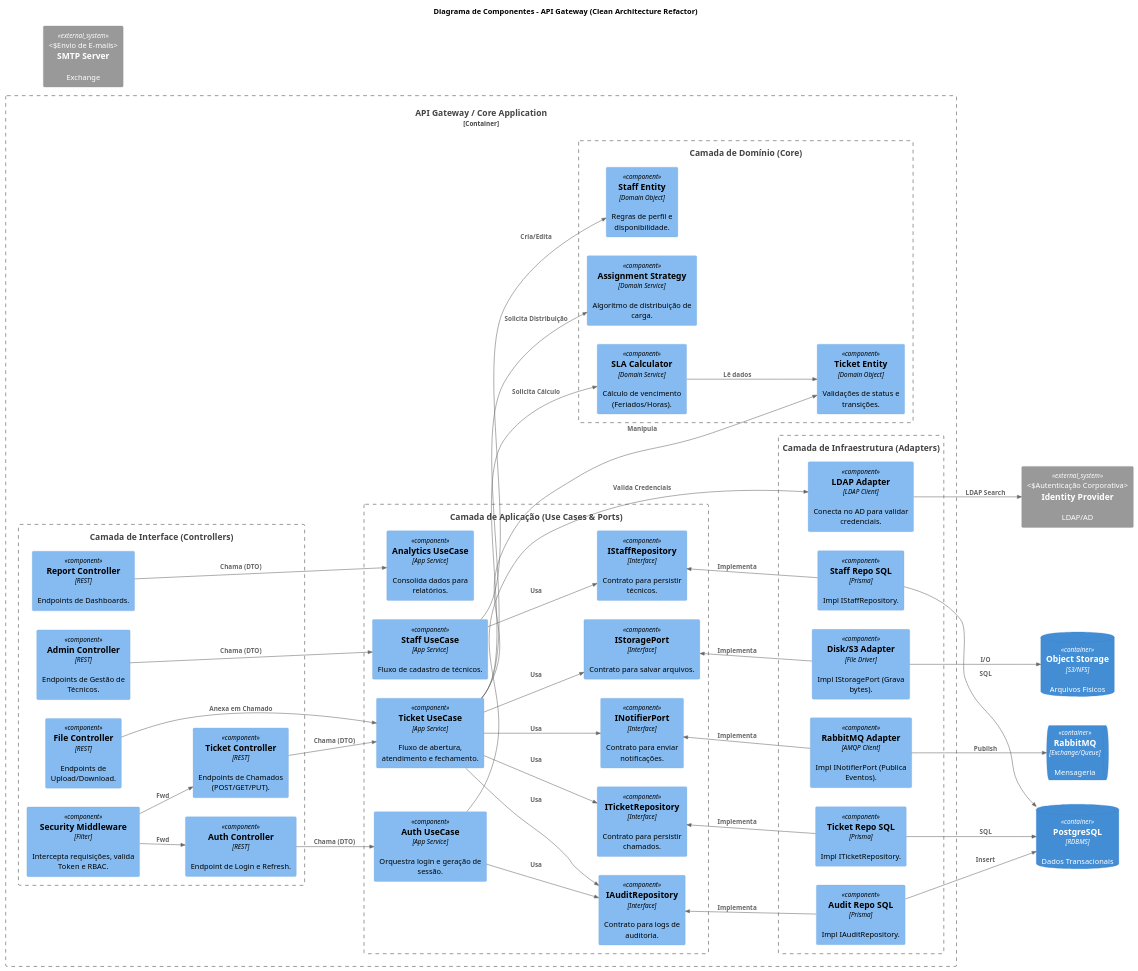
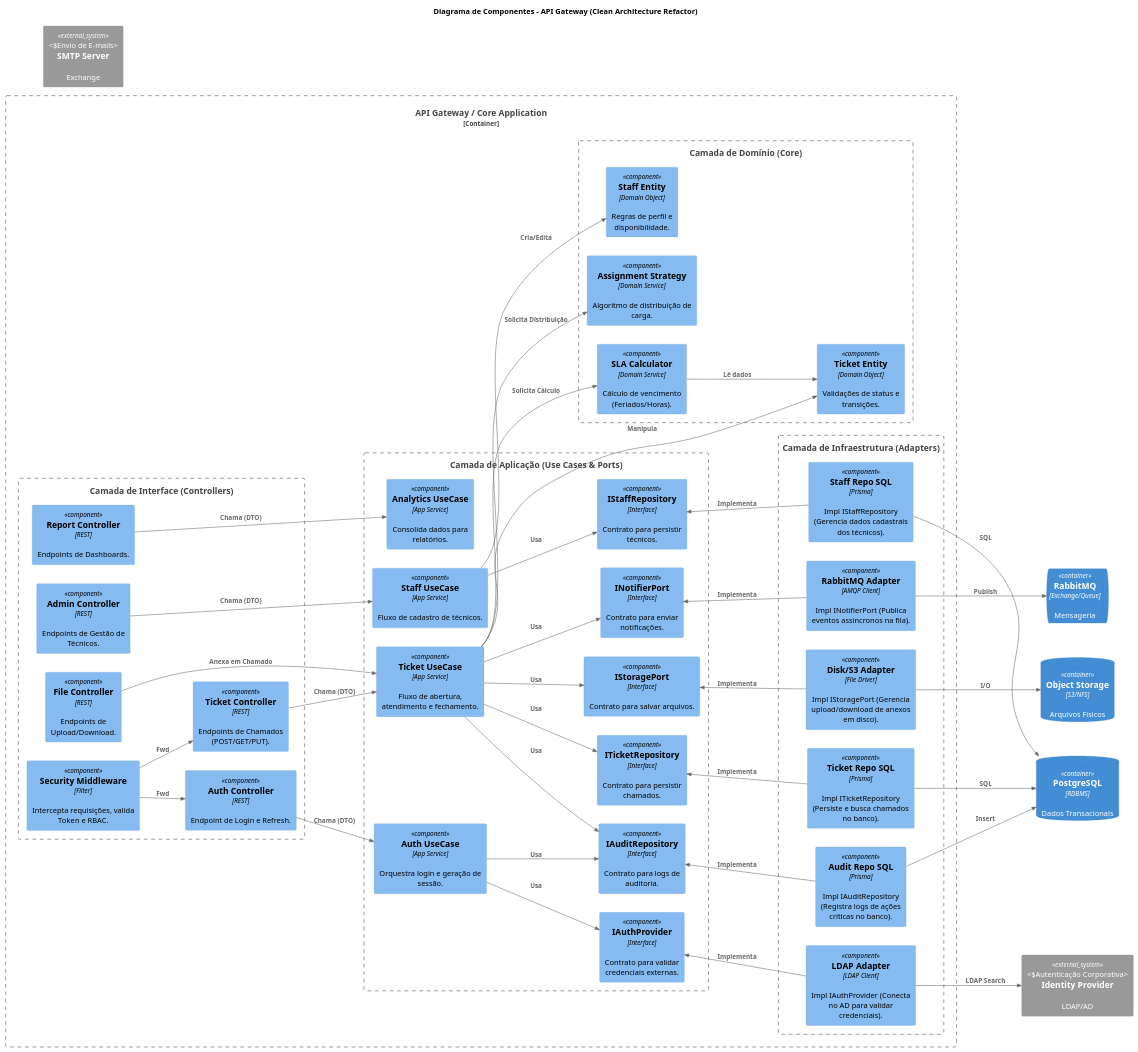
Before and after one commit to victor-alexandre/TJGO-Projeto-Software: the diagram in Artefato 3 - Diagrama de Componentes (C4)/Componente_API_Gateway.md, drawn with PlantUML.

Commit message:
refactor: refina clean arch e corrige auth

```diff
--- a/Artefato 3 - Diagrama de Componentes (C4)/Componente_API_Gateway.md
+++ b/Artefato 3 - Diagrama de Componentes (C4)/Componente_API_Gateway.md
@@ -49,6 +49,9 @@
         Component(i_notifier, "INotifierPort", "Interface", "Contrato para enviar notificações.")
         Component(i_storage, "IStoragePort", "Interface", "Contrato para salvar arquivos.")
         Component(i_audit, "IAuditRepository", "Interface", "Contrato para logs de auditoria.")
+        
+        ' --- Interface para Autenticação ---
+        Component(i_auth_provider, "IAuthProvider", "Interface", "Contrato para validar credenciais externas.")
     }
 
     ' ============================================================
@@ -74,15 +77,15 @@
     Boundary(infra_layer, "Camada de Infraestrutura (Adapters)") {
 
         ' Implementações de Repositórios (DB)
-        Component(repo_ticket_impl, "Ticket Repo SQL", "Prisma", "Impl ITicketRepository.")
-        Component(repo_staff_impl, "Staff Repo SQL", "Prisma", "Impl IStaffRepository.")
-        Component(repo_audit_impl, "Audit Repo SQL", "Prisma", "Impl IAuditRepository.")
+            Component(repo_ticket_impl, "Ticket Repo SQL", "Prisma", "Impl ITicketRepository (Persiste e busca chamados no banco).")
+            Component(repo_staff_impl, "Staff Repo SQL", "Prisma", "Impl IStaffRepository (Gerencia dados cadastrais dos técnicos).")
+            Component(repo_audit_impl, "Audit Repo SQL", "Prisma", "Impl IAuditRepository (Registra logs de ações críticas no banco).")
 
-        ' Implementações de Adaptadores Externos
-        Component(rmq_adapter, "RabbitMQ Adapter", "AMQP Client", "Impl INotifierPort (Publica Eventos).")
-        Component(s3_adapter, "Disk/S3 Adapter", "File Driver", "Impl IStoragePort (Grava bytes).")
-        Component(ldap_adapter, "LDAP Adapter", "LDAP Client", "Conecta no AD para validar credenciais.")
-    }
+            ' Implementações de Adaptadores Externos
+            Component(rmq_adapter, "RabbitMQ Adapter", "AMQP Client", "Impl INotifierPort (Publica eventos assíncronos na fila).")
+            Component(s3_adapter, "Disk/S3 Adapter", "File Driver", "Impl IStoragePort (Gerencia upload/download de anexos em disco).")
+            Component(ldap_adapter, "LDAP Adapter", "LDAP Client", "Impl IAuthProvider (Conecta no AD para validar credenciais).")
+        }
 
 }
 
@@ -116,6 +119,7 @@
 Rel(ticket_uc, i_storage, "Usa")
 Rel(staff_uc, i_repo_staff, "Usa")
 Rel(auth_uc, i_audit, "Usa")
+Rel(auth_uc, i_auth_provider, "Usa")
 
 ' 4. Infraestrutura -> Portas (Implementação / Herança)
 Rel_Up(repo_ticket_impl, i_repo_ticket, "Implementa")
@@ -123,6 +127,7 @@
 Rel_Up(rmq_adapter, i_notifier, "Implementa")
 Rel_Up(s3_adapter, i_storage, "Implementa")
 Rel_Up(repo_audit_impl, i_audit, "Implementa")
+Rel_Up(ldap_adapter, i_auth_provider, "Implementa")
 
 ' 5. Infraestrutura -> Mundo Externo
 Rel(repo_ticket_impl, db, "SQL")
@@ -133,7 +138,4 @@
 Rel(s3_adapter, filesystem, "I/O")
 Rel(ldap_adapter, auth_sys, "LDAP Search")
 
-' Conexão direta do Auth UseCase com adaptador (simplificação comum)
-Rel(auth_uc, ldap_adapter, "Valida Credenciais")
-
 @enduml
```
